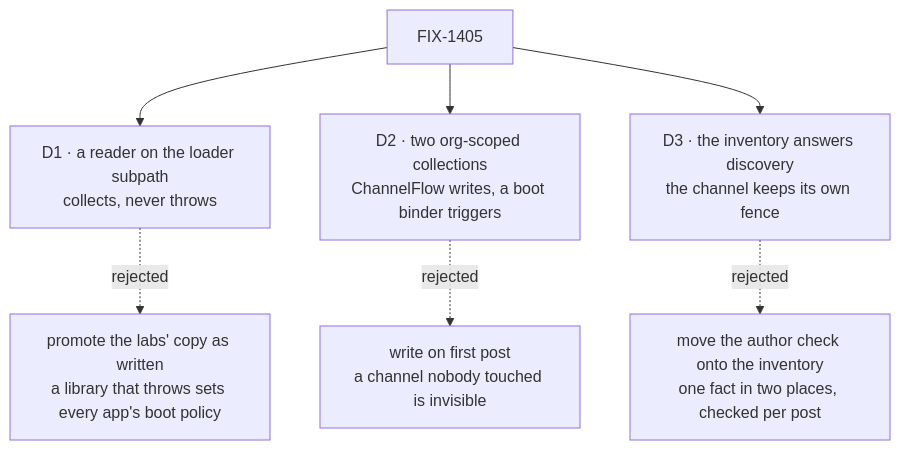
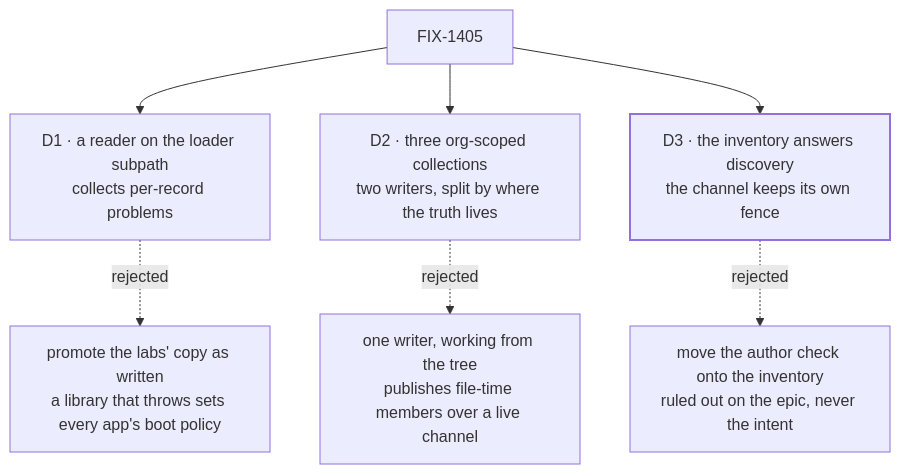
One commit to fixpoint-labs/flow-state-dev changed the diagram in spec/FIX-1405/DECISIONS.md. Above: the diagram before and after it, drawn with Mermaid. The commit also changed other lines of this file and 5 other files, not shown here.

````diff
--- a/spec/FIX-1405/DECISIONS.md
+++ b/spec/FIX-1405/DECISIONS.md
@@ -12,9 +11,11 @@
 ```mermaid
 flowchart TD
-  I["FIX-1405"] --> D1["D1 · a reader on the loader subpath<br/>collects, never throws"]
+  I["FIX-1405"] --> D1["D1 · a reader on the loader subpath<br/>collects per-record problems"]
   D1 -.->|"rejected"| X1["promote the labs' copy as written<br/>a library that throws sets every app's boot policy"]
-  I --> D2["D2 · two org-scoped collections<br/>ChannelFlow writes, a boot binder triggers"]
-  D2 -.->|"rejected"| X2["write on first post<br/>a channel nobody touched is invisible"]
+  I --> D2["D2 · three org-scoped collections<br/>two writers, split by where the truth lives"]
+  D2 -.->|"rejected"| X2["one writer, working from the tree<br/>publishes file-time members over a live channel"]
   I --> D3["D3 · the inventory answers discovery<br/>the channel keeps its own fence"]
-  D3 -.->|"rejected"| X3["move the author check onto the inventory<br/>one fact in two places, checked per post"]
+  D3 -.->|"rejected"| X3["move the author check onto the inventory<br/>ruled out on the epic, never the intent"]
+  classDef done stroke-width:2px
+  class D3 done
 ```
````
